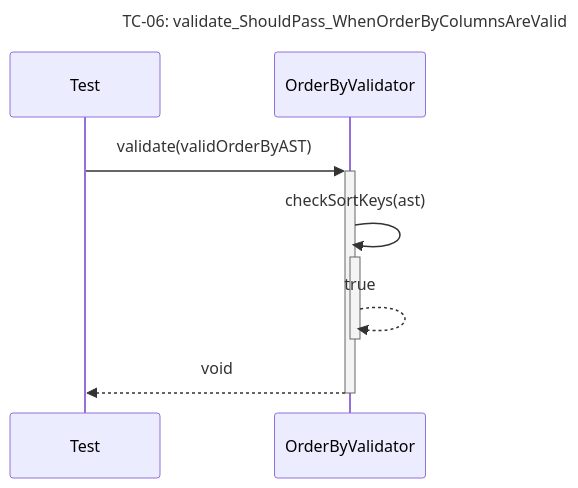
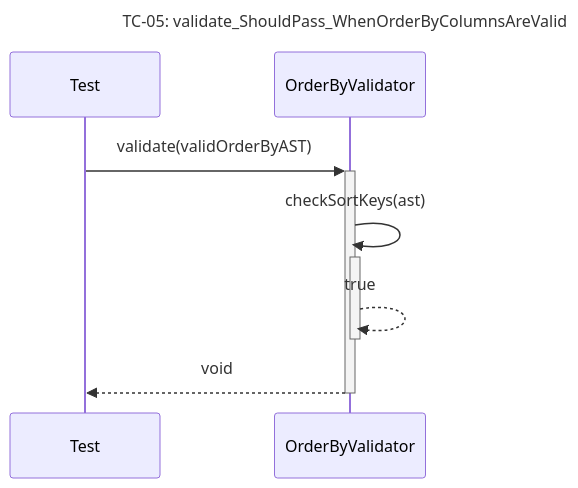
One commit to Dikhang1112/Database_Management_BBV changed diagram 19 of 24 in docs/unit_test/query_prossor/SequeceTestCase.md. Above: the diagram before and after it, drawn with Mermaid. The commit also changed other lines of this file and 16 other files, not shown here.

````diff
--- a/docs/unit_test/query_prossor/SequeceTestCase.md
+++ b/docs/unit_test/query_prossor/SequeceTestCase.md
@@ -380,11 +284,11 @@
 ```mermaid
 sequenceDiagram
-    title TC-06: validate_ShouldPass_WhenOrderByColumnsAreValid
+    title TC-05: validate_ShouldPass_WhenOrderByColumnsAreValid
     participant Test
     participant OrderByValidator
 
     Test->>+OrderByValidator: validate(validOrderByAST)
     OrderByValidator->>+OrderByValidator: checkSortKeys(ast)
     OrderByValidator-->>-OrderByValidator: true
     OrderByValidator-->>-Test: void
 ```
````
